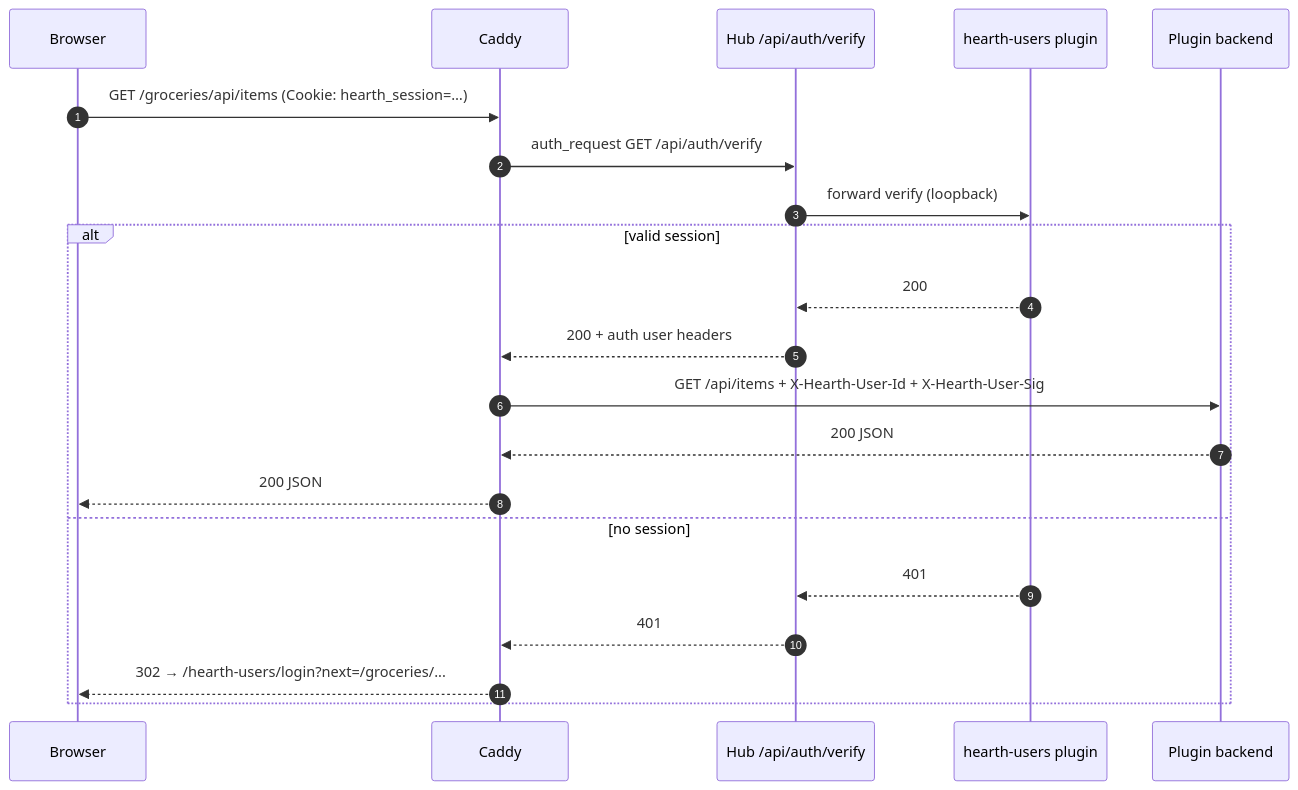
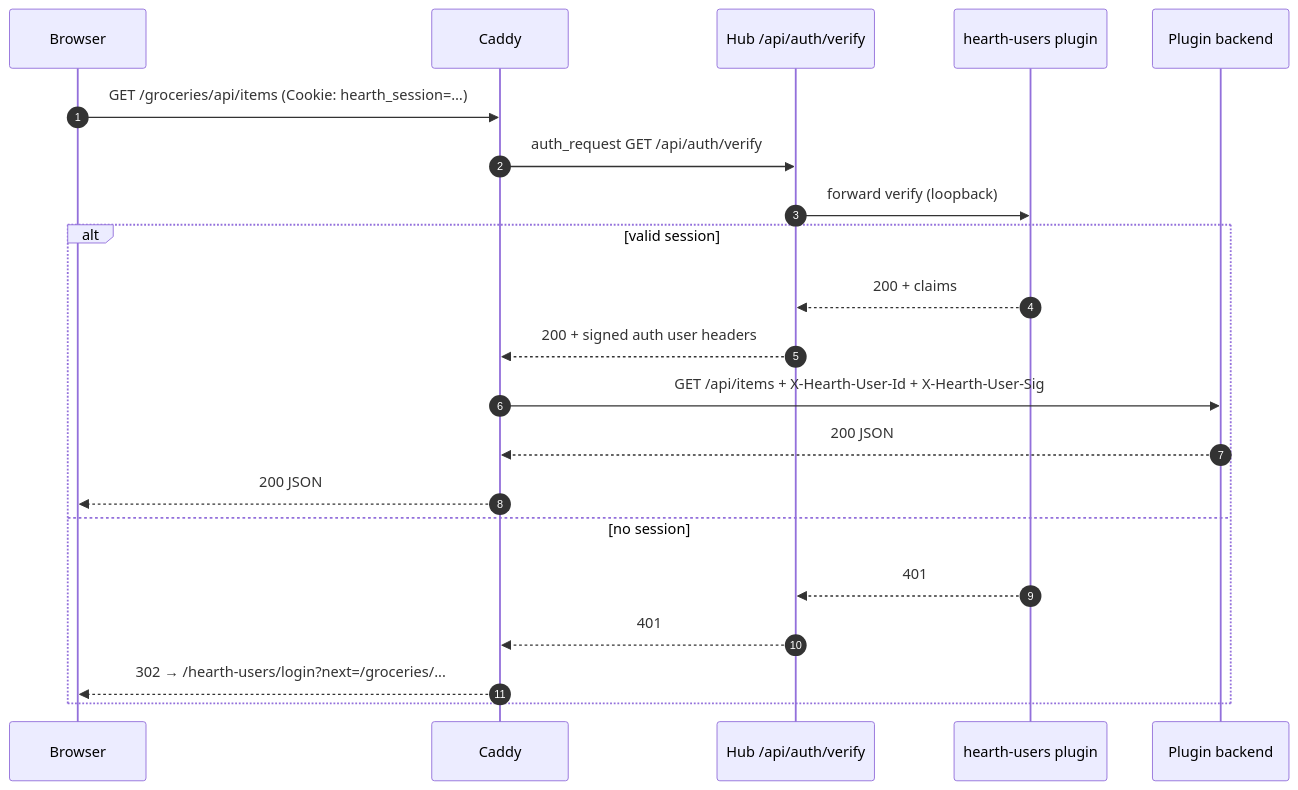
The diagram in tasks/feature-history/FR-0004-centralized-users-auth/10-design-01-gateway-and-trust.md (mcelhennyi/hearth), drawn with Mermaid before and after one commit. The commit also changed other lines of this file and 14 other files, not shown here.

````diff
--- a/tasks/feature-history/FR-0004-centralized-users-auth/10-design-01-gateway-and-trust.md
+++ b/tasks/feature-history/FR-0004-centralized-users-auth/10-design-01-gateway-and-trust.md
@@ -5,24 +5,24 @@
 ```mermaid
 sequenceDiagram
   autonumber
   participant B as Browser
   participant C as Caddy
   participant H as Hub /api/auth/verify
   participant U as hearth-users plugin
   participant P as Plugin backend
 
   B->>C: GET /groceries/api/items (Cookie: hearth_session=…)
   C->>H: auth_request GET /api/auth/verify
   H->>U: forward verify (loopback)
   alt valid session
-    U-->>H: 200
-    H-->>C: 200 + auth user headers
+    U-->>H: 200 + claims
+    H-->>C: 200 + signed auth user headers
     C->>P: GET /api/items + X-Hearth-User-Id + X-Hearth-User-Sig
     P-->>C: 200 JSON
     C-->>B: 200 JSON
   else no session
     U-->>H: 401
     H-->>C: 401
     C-->>B: 302 → /hearth-users/login?next=/groceries/...
   end
 ```
````
